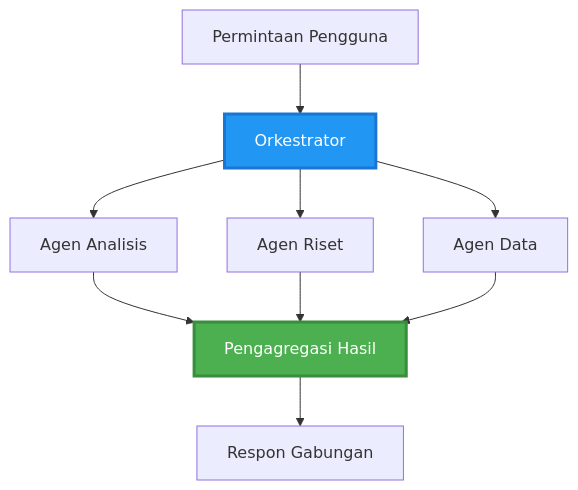
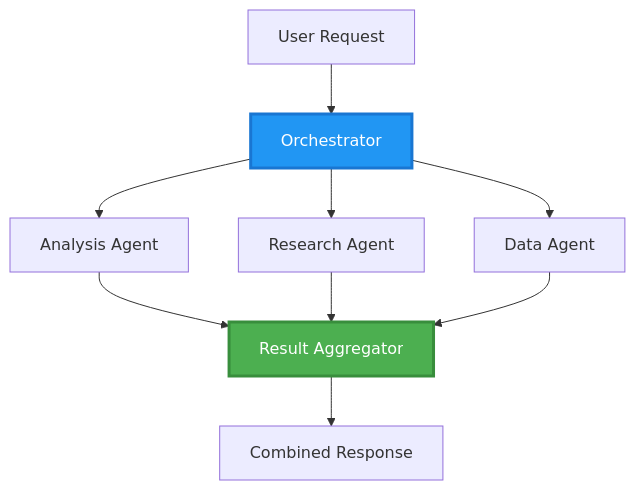
One commit to microsoft/AZD-for-beginners changed the third of 7 diagrams in translations/id/docs/chapter-06-pre-deployment/coordination-patterns.md. Above: the diagram before and after it, drawn with Mermaid. The commit also changed other lines of this file and 167 other files, not shown here.

````diff
--- a/translations/id/docs/chapter-06-pre-deployment/coordination-patterns.md
+++ b/translations/id/docs/chapter-06-pre-deployment/coordination-patterns.md
@@ -100,22 +102,22 @@
 ```mermaid
 graph TB
-    User[Permintaan Pengguna]
-    Orchestrator[Orkestrator]
-    Agent1[Agen Analisis]
-    Agent2[Agen Riset]
-    Agent3[Agen Data]
-    Aggregator[Pengagregasi Hasil]
-    Response[Respon Gabungan]
+    User[User Request]
+    Orchestrator[Orchestrator]
+    Agent1[Analysis Agent]
+    Agent2[Research Agent]
+    Agent3[Data Agent]
+    Aggregator[Result Aggregator]
+    Response[Combined Response]
     
     User --> Orchestrator
     Orchestrator --> Agent1
     Orchestrator --> Agent2
     Orchestrator --> Agent3
     Agent1 --> Aggregator
     Agent2 --> Aggregator
     Agent3 --> Aggregator
     Aggregator --> Response
     
     style Orchestrator fill:#2196F3,stroke:#1976D2,stroke-width:3px,color:#fff
     style Aggregator fill:#4CAF50,stroke:#388E3C,stroke-width:3px,color:#fff
 ```
````
